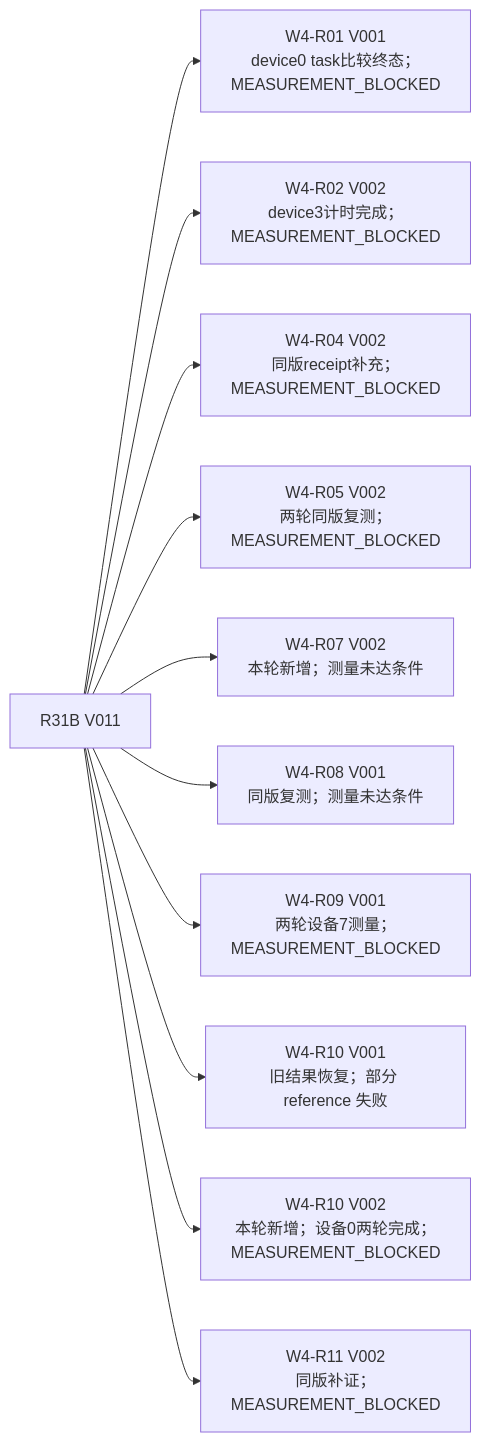
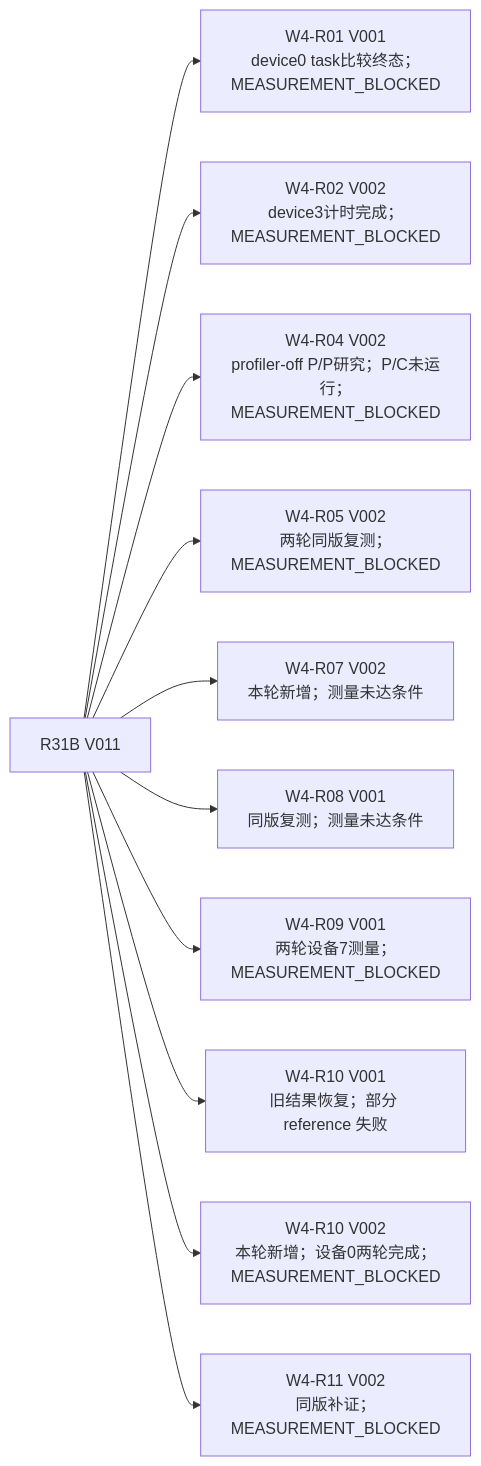
One commit to sxyq/CANN changed the first of 4 diagrams in 技术路线/技术路线图.md. Above: the diagram before and after it, drawn with Mermaid. The commit also changed other lines of this file and 3 other files, not shown here.

````diff
--- a/技术路线/技术路线图.md
+++ b/技术路线/技术路线图.md
@@ -41,14 +41,14 @@
 ```mermaid
 flowchart LR
   p["R31B V011"]
   p --> r01["W4-R01 V001<br/>device0 task比较终态；MEASUREMENT_BLOCKED"]
   p --> r02["W4-R02 V002<br/>device3计时完成；MEASUREMENT_BLOCKED"]
-  p --> r04["W4-R04 V002<br/>同版receipt补充；MEASUREMENT_BLOCKED"]
+  p --> r04["W4-R04 V002<br/>profiler-off P/P研究；P/C未运行；MEASUREMENT_BLOCKED"]
   p --> r05["W4-R05 V002<br/>两轮同版复测；MEASUREMENT_BLOCKED"]
   p --> r07["W4-R07 V002<br/>本轮新增；测量未达条件"]
   p --> r08["W4-R08 V001<br/>同版复测；测量未达条件"]
   p --> r09["W4-R09 V001<br/>两轮设备7测量；MEASUREMENT_BLOCKED"]
   p --> r10["W4-R10 V001<br/>旧结果恢复；部分 reference 失败"]
   p --> r10v2["W4-R10 V002<br/>本轮新增；设备0两轮完成；MEASUREMENT_BLOCKED"]
   p --> r11["W4-R11 V002<br/>同版补证；MEASUREMENT_BLOCKED"]
 ```
````
